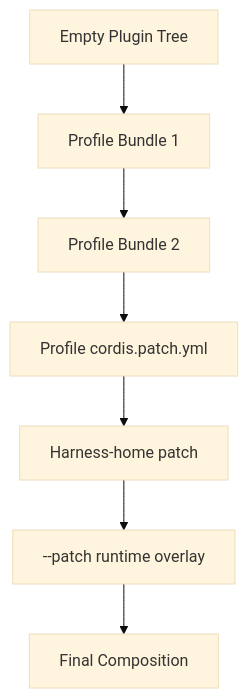
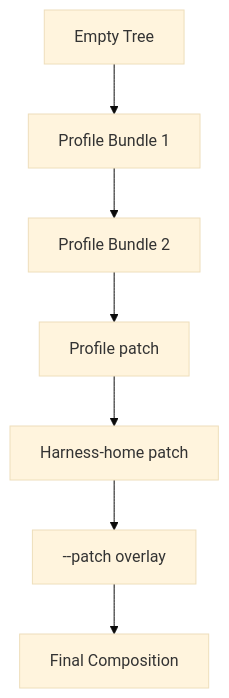
The second of 3 diagrams in docs/deepseek/usage-and-profiles.md (indigofeather/harness-book), drawn with Mermaid (base theme) before and after one commit. The commit also changed other lines of this file and 48 other files, not shown here.

````diff
--- a/docs/deepseek/usage-and-profiles.md
+++ b/docs/deepseek/usage-and-profiles.md
@@ -140,10 +99,10 @@
 ```mermaid
 flowchart TB
-  E[Empty Plugin Tree]
+  E[Empty Tree]
   E --> B1[Profile Bundle 1]
   B1 --> B2[Profile Bundle 2]
-  B2 --> PP[Profile cordis.patch.yml]
+  B2 --> PP[Profile patch]
   PP --> HP[Harness-home patch]
-  HP --> RP[--patch runtime overlay]
-  RP --> FINAL[Final Composition]
+  HP --> RP[--patch overlay]
+  RP --> F[Final Composition]
 ```
````
